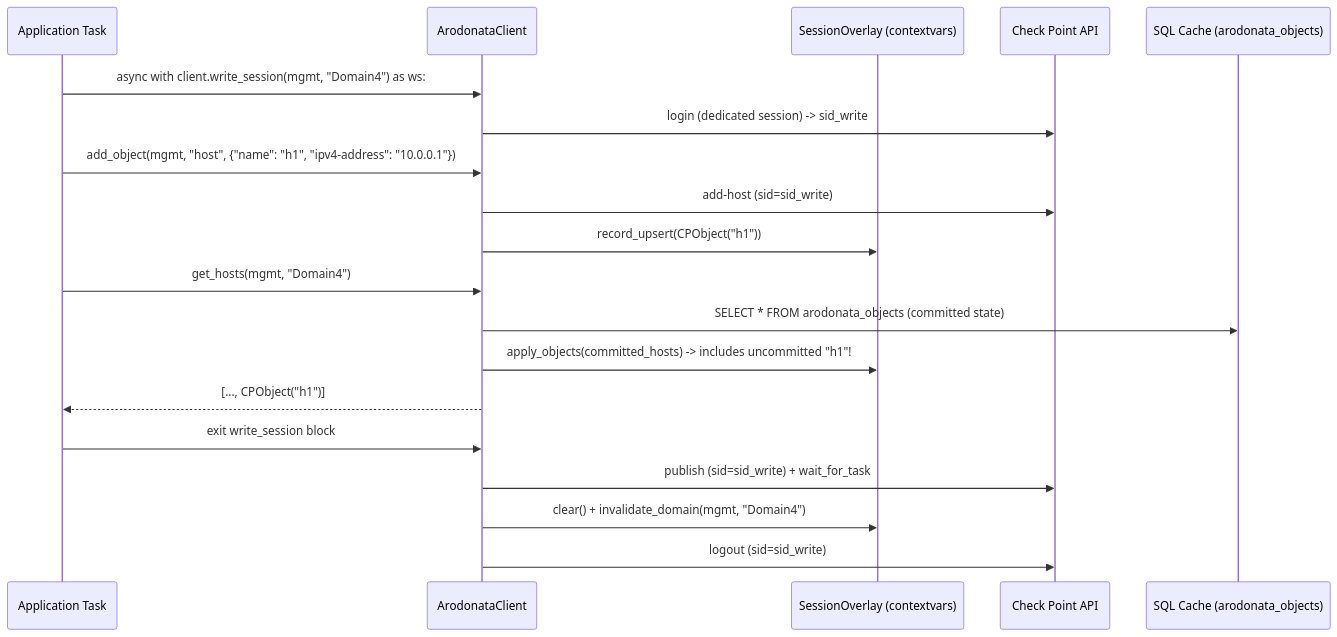
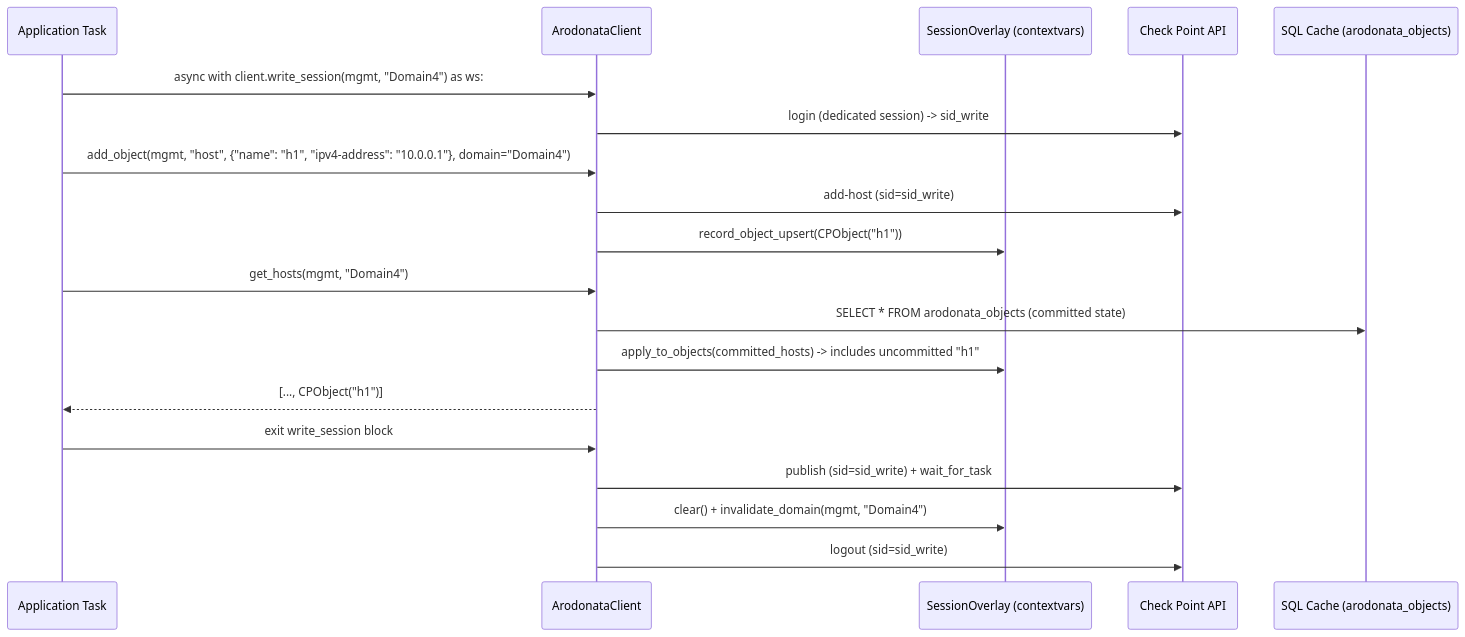
One commit to chkp-antonr/arodonata changed the diagram in docs/architecture/sessions-and-mdm.md. Above: the diagram before and after it, drawn with Mermaid. The commit also changed other lines of this file and 114 other files, not shown here.

First line of the commit message:
fix(core,cpcrud,mcp,reports,specs): adopt traceable OpenSpec schema, resolve Phase 1b audit findings, and achieve 100% spec coverage (#94)

````diff
--- a/docs/architecture/sessions-and-mdm.md
+++ b/docs/architecture/sessions-and-mdm.md
@@ -25,22 +25,22 @@
 ```mermaid
 sequenceDiagram
     participant App as Application Task
     participant Client as ArodonataClient
     participant Overlay as SessionOverlay (contextvars)
     participant CP as Check Point API
     participant SQL as SQL Cache (arodonata_objects)
 
     App->>Client: async with client.write_session(mgmt, "Domain4") as ws:
     Client->>CP: login (dedicated session) -> sid_write
-    App->>Client: add_object(mgmt, "host", {"name": "h1", "ipv4-address": "10.0.0.1"})
+    App->>Client: add_object(mgmt, "host", {"name": "h1", "ipv4-address": "10.0.0.1"}, domain="Domain4")
     Client->>CP: add-host (sid=sid_write)
-    Client->>Overlay: record_upsert(CPObject("h1"))
+    Client->>Overlay: record_object_upsert(CPObject("h1"))
     App->>Client: get_hosts(mgmt, "Domain4")
     Client->>SQL: SELECT * FROM arodonata_objects (committed state)
-    Client->>Overlay: apply_objects(committed_hosts) -> includes uncommitted "h1"!
+    Client->>Overlay: apply_to_objects(committed_hosts) -> includes uncommitted "h1"
     Client-->>App: [..., CPObject("h1")]
     App->>Client: exit write_session block
     Client->>CP: publish (sid=sid_write) + wait_for_task
     Client->>Overlay: clear() + invalidate_domain(mgmt, "Domain4")
     Client->>CP: logout (sid=sid_write)
 ```
````
